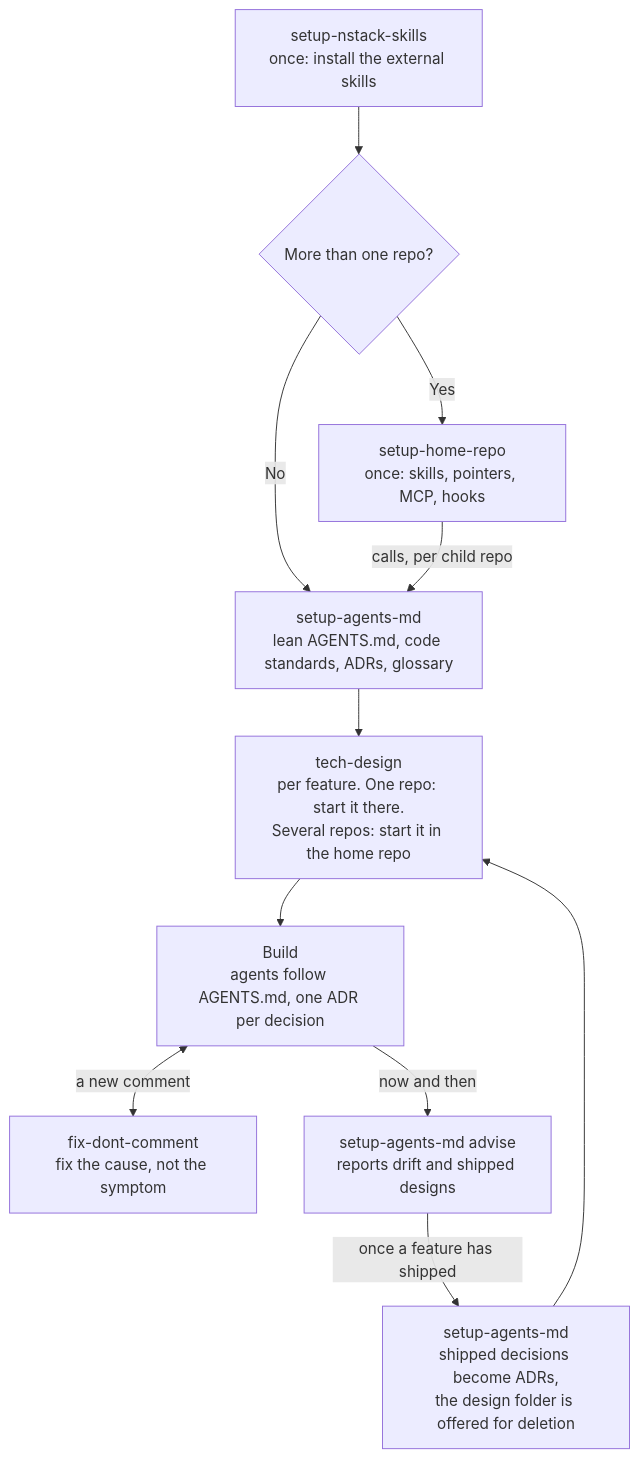
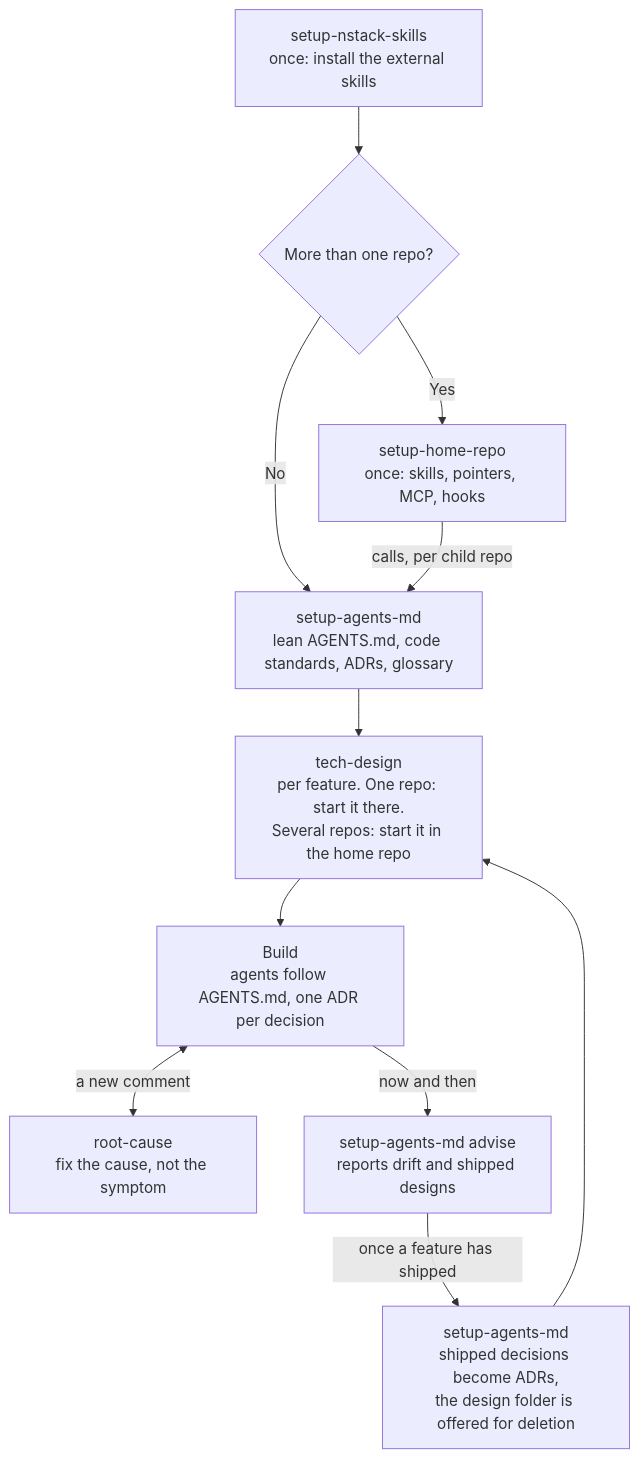
Before and after one commit to svennijhuis/nstack: the diagram in README.md, drawn with Mermaid. The commit also changed other lines of this file and 6 other files, not shown here.

First line of the commit message:
Rename fix-dont-comment to root-cause, to match the other skill names

````diff
--- a/README.md
+++ b/README.md
@@ -18,13 +18,13 @@
 ```mermaid
 flowchart TD
     A[setup-nstack-skills<br/>once: install the external skills] --> B{More than one repo?}
     B -->|Yes| C[setup-home-repo<br/>once: skills, pointers, MCP, hooks]
     B -->|No| D
     C -->|calls, per child repo| D[setup-agents-md<br/>lean AGENTS.md, code standards, ADRs, glossary]
     D --> E[tech-design<br/>per feature. One repo: start it there.<br/>Several repos: start it in the home repo]
     E --> F[Build<br/>agents follow AGENTS.md, one ADR per decision]
-    F <-->|a new comment| R[fix-dont-comment<br/>fix the cause, not the symptom]
+    F <-->|a new comment| R[root-cause<br/>fix the cause, not the symptom]
     F -->|now and then| G[setup-agents-md advise<br/>reports drift and shipped designs]
     G -->|once a feature has shipped| H[setup-agents-md<br/>shipped decisions become ADRs,<br/>the design folder is offered for deletion]
     H --> E
 ```
````
